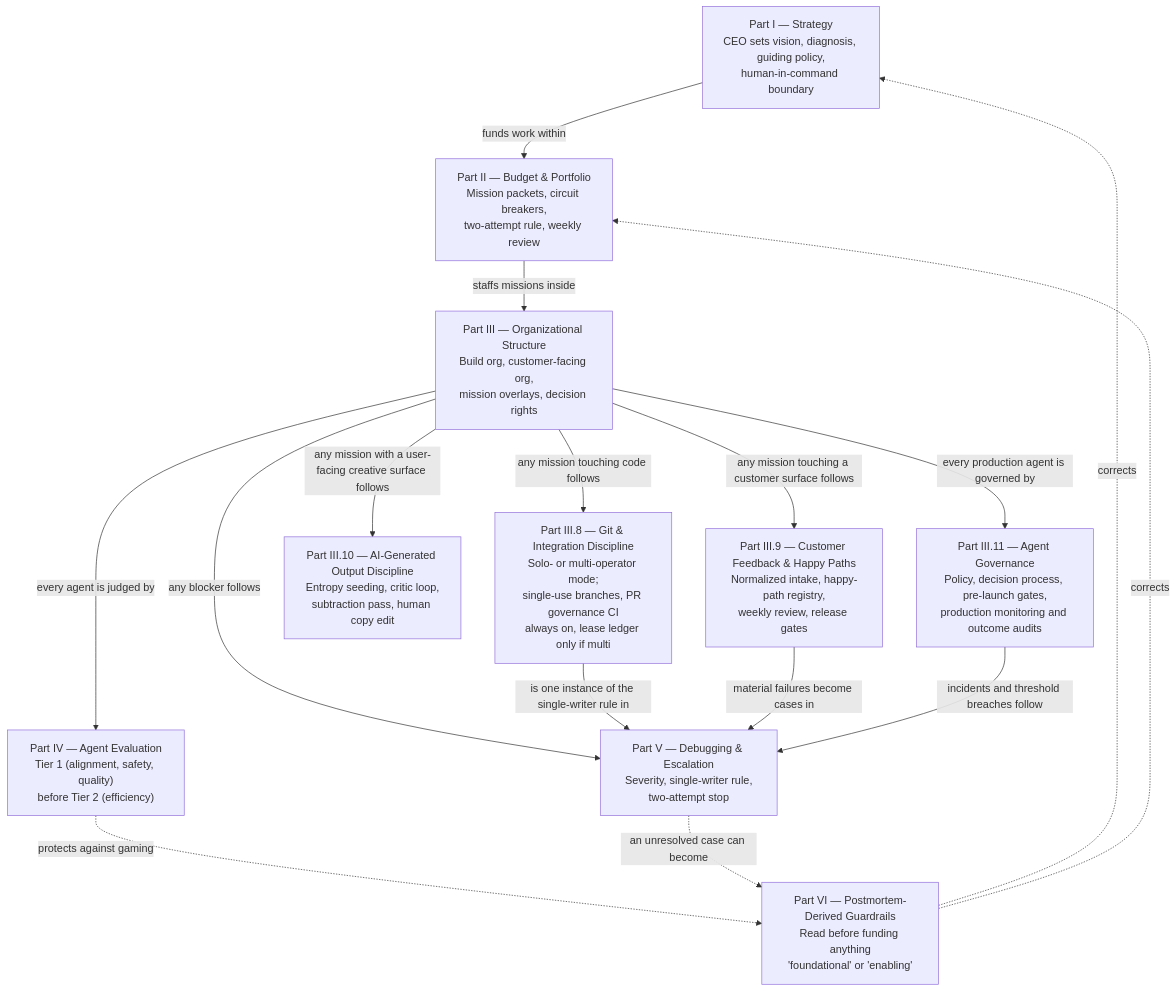
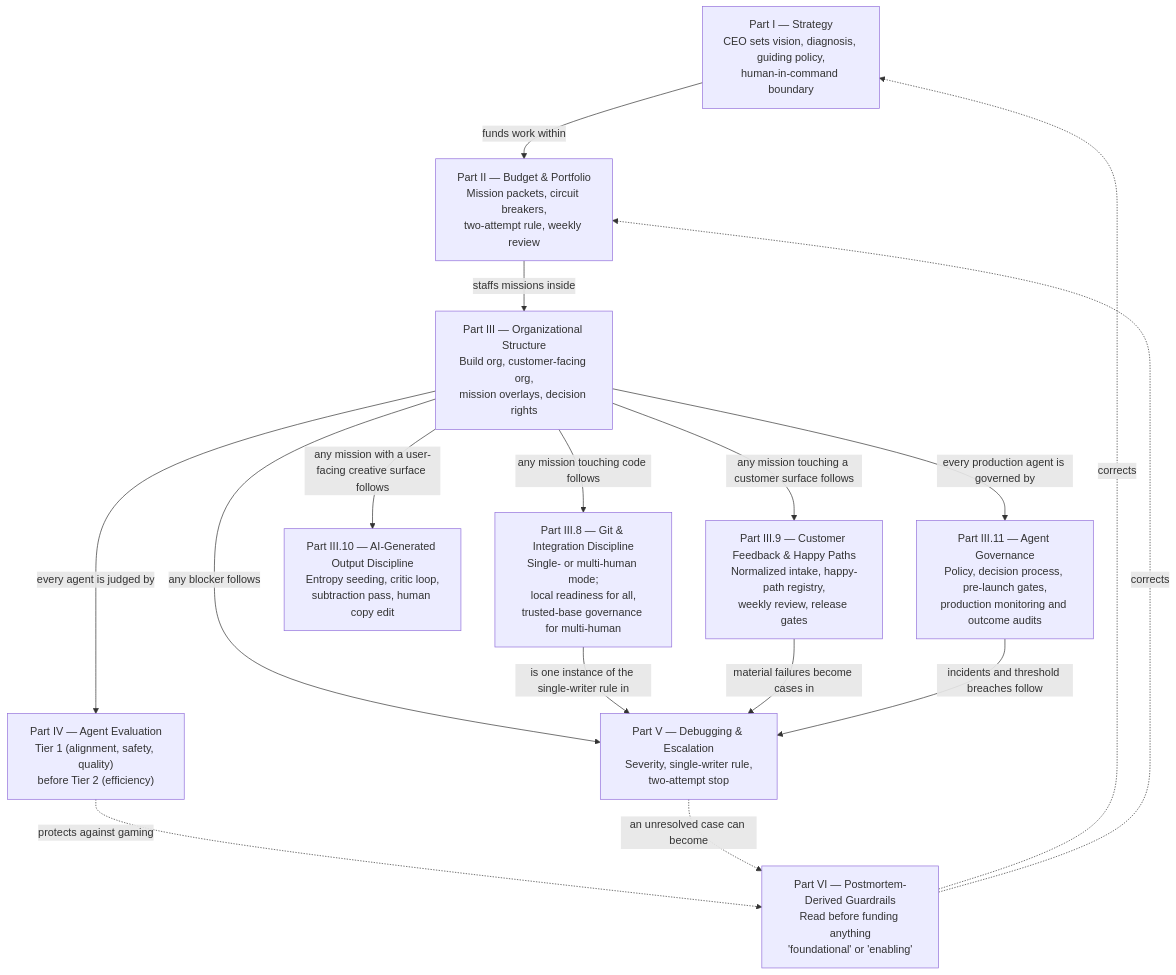
Before and after one commit to irl-labs-us/agentic-org-framework: the diagram in README.md, drawn with Mermaid. The commit also changed other lines of this file and 23 other files, not shown here.

Commit message:
Separate agent profiles from repository operator mode

````diff
--- a/README.md
+++ b/README.md
@@ -45,29 +46,29 @@
 ```mermaid
 flowchart TB
     STRATEGY["Part I — Strategy<br/>CEO sets vision, diagnosis, guiding policy,<br/>human-in-command boundary"]
     BUDGET["Part II — Budget & Portfolio<br/>Mission packets, circuit breakers,<br/>two-attempt rule, weekly review"]
     ORG["Part III — Organizational Structure<br/>Build org, customer-facing org,<br/>mission overlays, decision rights"]
-    GIT["Part III.8 — Git & Integration Discipline<br/>Solo- or multi-operator mode;<br/>single-use branches, PR governance CI<br/>always on, lease ledger only if multi"]
+    GIT["Part III.8 — Git & Integration Discipline<br/>Single- or multi-human mode;<br/>local readiness for all,<br/>trusted-base governance for multi-human"]
     FEEDBACK["Part III.9 — Customer Feedback & Happy Paths<br/>Normalized intake, happy-path registry,<br/>weekly review, release gates"]
     DESIGN["Part III.10 — AI-Generated Output Discipline<br/>Entropy seeding, critic loop,<br/>subtraction pass, human copy edit"]
     GOVERNANCE["Part III.11 — Agent Governance<br/>Policy, decision process, pre-launch gates,<br/>production monitoring and outcome audits"]
     EVAL["Part IV — Agent Evaluation<br/>Tier 1 (alignment, safety, quality)<br/>before Tier 2 (efficiency)"]
     DEBUG["Part V — Debugging & Escalation<br/>Severity, single-writer rule,<br/>two-attempt stop"]
     GUARDRAILS["Part VI — Postmortem-Derived Guardrails<br/>Read before funding anything<br/>'foundational' or 'enabling'"]
 
     STRATEGY -->|"funds work within"| BUDGET
     BUDGET -->|"staffs missions inside"| ORG
     ORG -->|"any mission touching code follows"| GIT
     ORG -->|"any mission touching a customer surface follows"| FEEDBACK
     ORG -->|"any mission with a user-facing creative surface follows"| DESIGN
     ORG -->|"every production agent is governed by"| GOVERNANCE
     ORG -->|"every agent is judged by"| EVAL
     ORG -->|"any blocker follows"| DEBUG
     GIT -->|"is one instance of the single-writer rule in"| DEBUG
     FEEDBACK -->|"material failures become cases in"| DEBUG
     GOVERNANCE -->|"incidents and threshold breaches follow"| DEBUG
     EVAL -.->|"protects against gaming"| GUARDRAILS
     DEBUG -.->|"an unresolved case can become"| GUARDRAILS
     GUARDRAILS -.->|"corrects"| STRATEGY
     GUARDRAILS -.->|"corrects"| BUDGET
 ```
````
